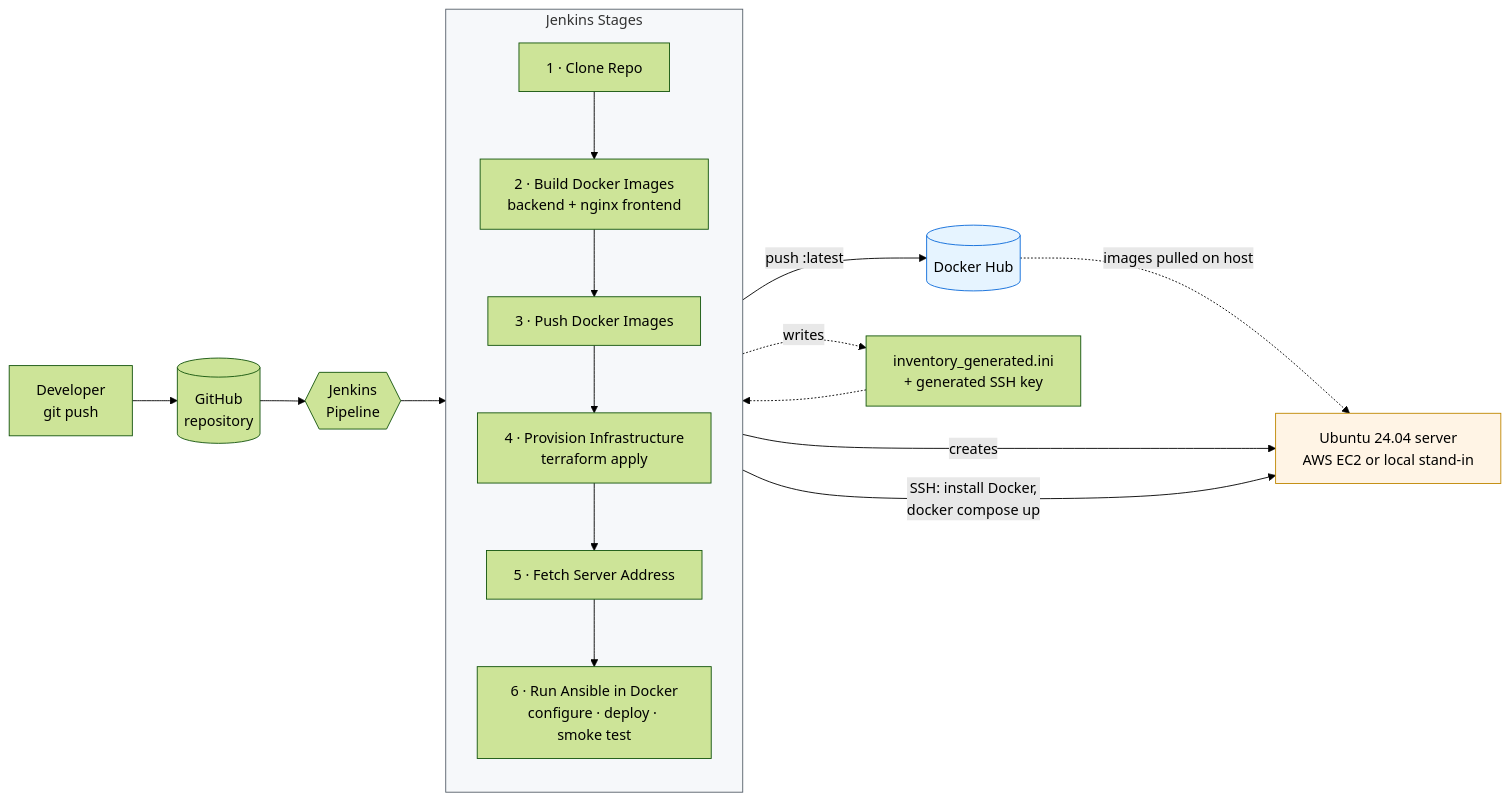
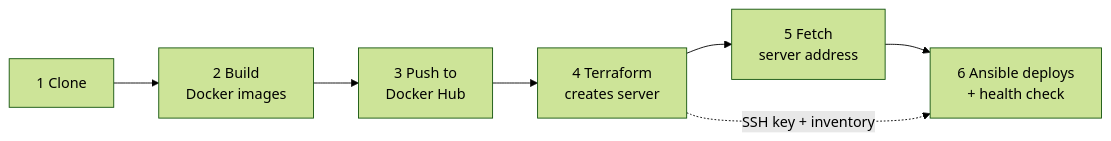
One commit to KesharaGunathilaka/DevOps_RealTimeChat changed the first of 2 diagrams in README.md. Above: the diagram before and after it, drawn with Mermaid (forest theme). The commit also changed other lines of this file, not shown here.

````diff
--- a/README.md
+++ b/README.md
@@ -90,28 +33,5 @@
 ```mermaid
 flowchart LR
-    DEV["Developer<br/>git push"] --> GH[("GitHub<br/>repository")]
-    GH --> J{{"Jenkins<br/>Pipeline"}}
-
-    subgraph PIPE ["Jenkins Stages"]
-        direction TB
-        S1["1 · Clone Repo"]
-        S2["2 · Build Docker Images<br/>backend + nginx frontend"]
-        S3["3 · Push Docker Images"]
-        S4["4 · Provision Infrastructure<br/>terraform apply"]
-        S5["5 · Fetch Server Address"]
-        S6["6 · Run Ansible in Docker<br/>configure · deploy · smoke test"]
-        S1 --> S2 --> S3 --> S4 --> S5 --> S6
-    end
-
-    J --> PIPE
-    S3 -->|"push :latest"| DH[("Docker Hub")]
-    S4 -->|"creates"| EC2["Ubuntu 24.04 server<br/>AWS EC2 or local stand-in"]
-    S4 -.->|"writes"| INV["inventory_generated.ini<br/>+ generated SSH key"]
-    INV -.-> S6
-    S6 -->|"SSH: install Docker,<br/>docker compose up"| EC2
-    DH -.->|"images pulled on host"| EC2
-
-    style PIPE fill:#f6f8fa,stroke:#57606a
-    style EC2 fill:#fff4e5,stroke:#bf8700
-    style DH fill:#e6f4ff,stroke:#0969da
+    A["1 Clone"] --> B["2 Build<br/>Docker images"] --> C["3 Push to<br/>Docker Hub"] --> D["4 Terraform<br/>creates server"] --> E["5 Fetch<br/>server address"] --> F["6 Ansible deploys<br/>+ health check"]
+    D -.->|"SSH key + inventory"| F
 ```
````
